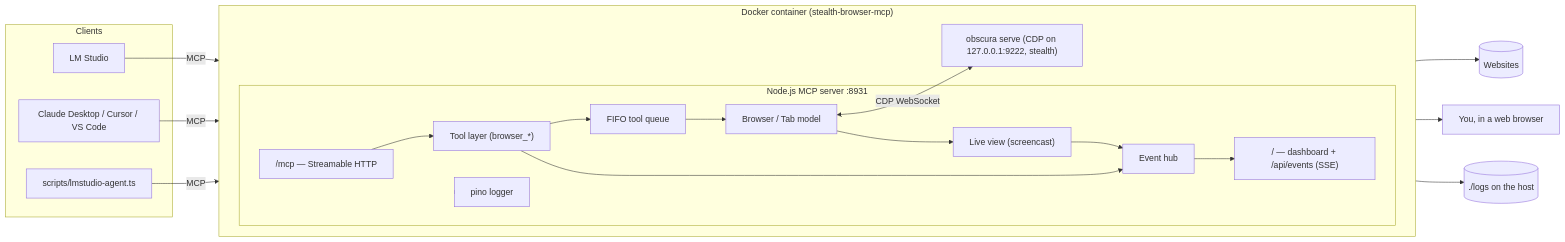
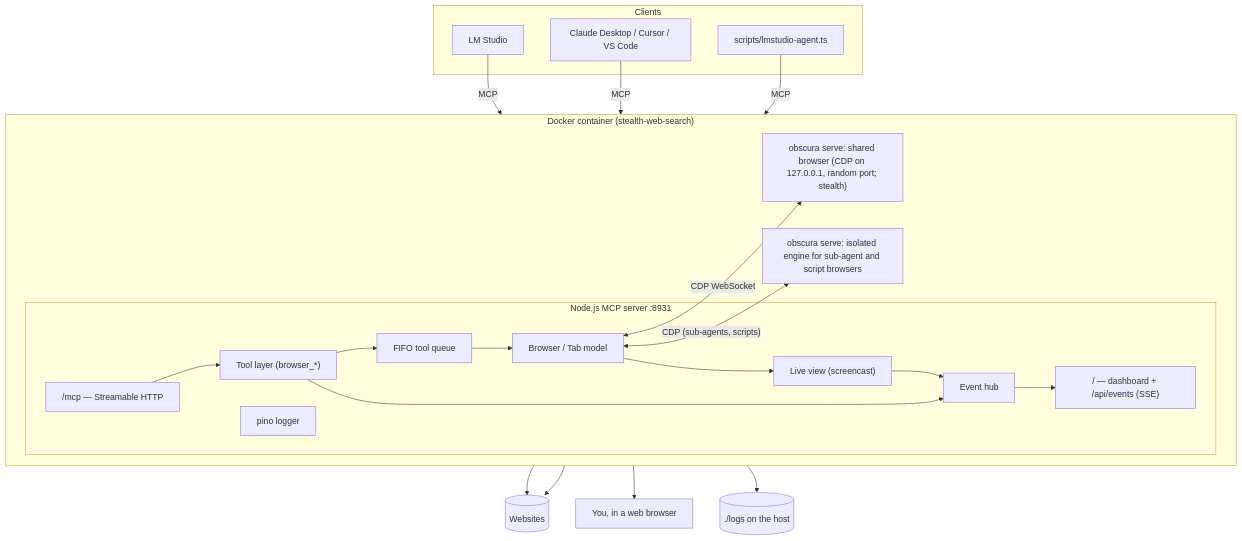
One commit to tanishmeh/stealth-web-search changed the first of 2 diagrams in docs/ARCHITECTURE.md. Above: the diagram before and after it, drawn with Mermaid. The commit also changed other lines of this file and 113 other files, not shown here.

First line of the commit message:
Stealth Web Search: sub-agents, models.json, website and docs

````diff
--- a/docs/ARCHITECTURE.md
+++ b/docs/ARCHITECTURE.md
@@ -8,33 +8,35 @@
 ```mermaid
-flowchart LR
+flowchart TB
     subgraph Clients
         LMS[LM Studio]
         CD[Claude Desktop / Cursor / VS Code]
         CLI[scripts/lmstudio-agent.ts]
     end
     Human[You, in a web browser]
 
-    subgraph Container["Docker container (stealth-browser-mcp)"]
+    subgraph Container["Docker container (stealth-web-search)"]
         direction LR
         subgraph Node["Node.js MCP server :8931"]
             HTTP["/mcp — Streamable HTTP"]
             Tools["Tool layer (browser_*)"]
             Queue["FIFO tool queue"]
             Browser["Browser / Tab model"]
             Live["Live view (screencast)"]
             Hub["Event hub"]
             Dash["/ — dashboard + /api/events (SSE)"]
             Logs["pino logger"]
         end
-        Obscura["obscura serve (CDP on 127.0.0.1:9222, stealth)"]
+        Obscura["obscura serve: shared browser (CDP on 127.0.0.1, random port; stealth)"]
+        ObscuraIso["obscura serve: isolated engine for sub-agent and script browsers"]
     end
     Web[(Websites)]
     Files[(./logs on the host)]
 
     LMS & CD & CLI -->|MCP| HTTP --> Tools --> Queue --> Browser
     Browser <-->|CDP WebSocket| Obscura --> Web
+    Browser <-->|"CDP (sub-agents, scripts)"| ObscuraIso --> Web
     Browser --> Live --> Hub
     Tools --> Hub
     Hub --> Dash --> Human
     Node --> Logs --> Files
 ```
````
